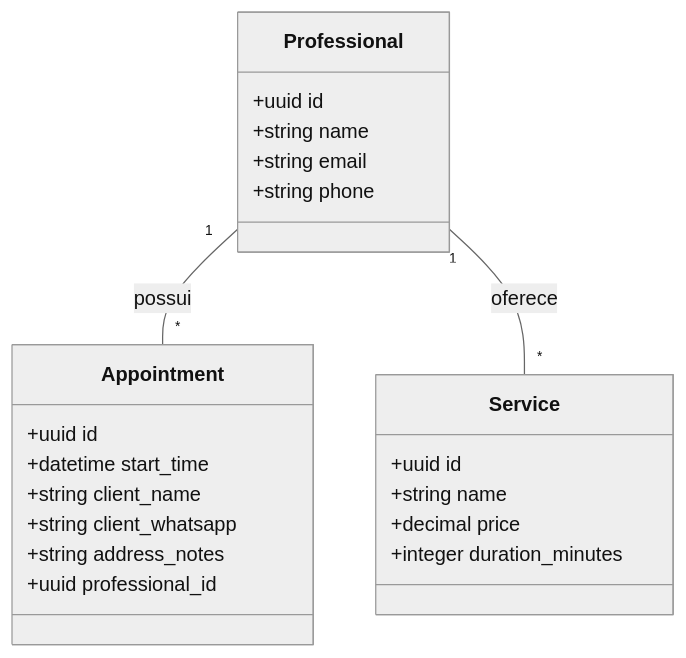
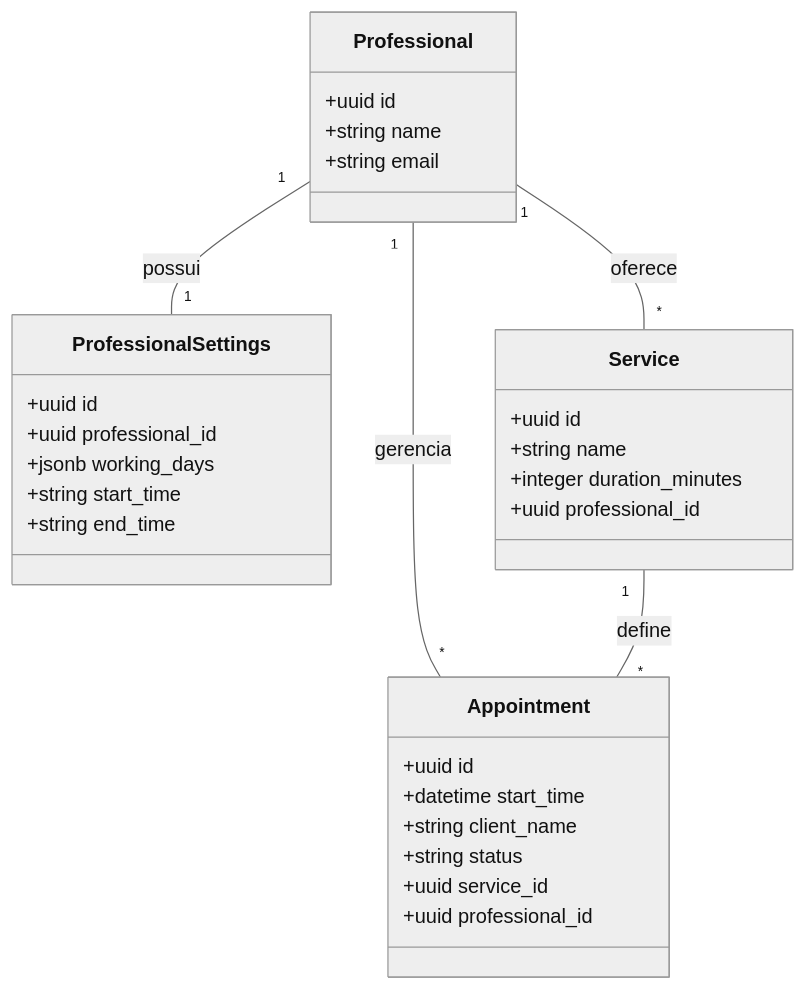
Before and after one commit to A-Mafioletti/Gerenciador-de-Agendamentos: the fourth of 5 diagrams in docs/c4_model.md, drawn with Mermaid (neutral theme). The commit also changed other lines of this file and 39 other files, not shown here.

````diff
--- a/docs/c4_model.md
+++ b/docs/c4_model.md
@@ -76,28 +88,37 @@
 ```mermaid
 classDiagram
     class Professional {
         +uuid id
         +string name
         +string email
-        +string phone
     }
     
+    class ProfessionalSettings {
+        +uuid id
+        +uuid professional_id
+        +jsonb working_days
+        +string start_time
+        +string end_time
+    }
+
     class Service {
         +uuid id
         +string name
-        +decimal price
         +integer duration_minutes
+        +uuid professional_id
     }
     
     class Appointment {
         +uuid id
         +datetime start_time
         +string client_name
-        +string client_whatsapp
-        +string address_notes
+        +string status
+        +uuid service_id
         +uuid professional_id
     }
 
-    Professional "1" -- "*" Appointment : possui
+    Professional "1" -- "1" ProfessionalSettings : possui
+    Professional "1" -- "*" Appointment : gerencia
     Professional "1" -- "*" Service : oferece
+    Service "1" -- "*" Appointment : define
 ```
````
